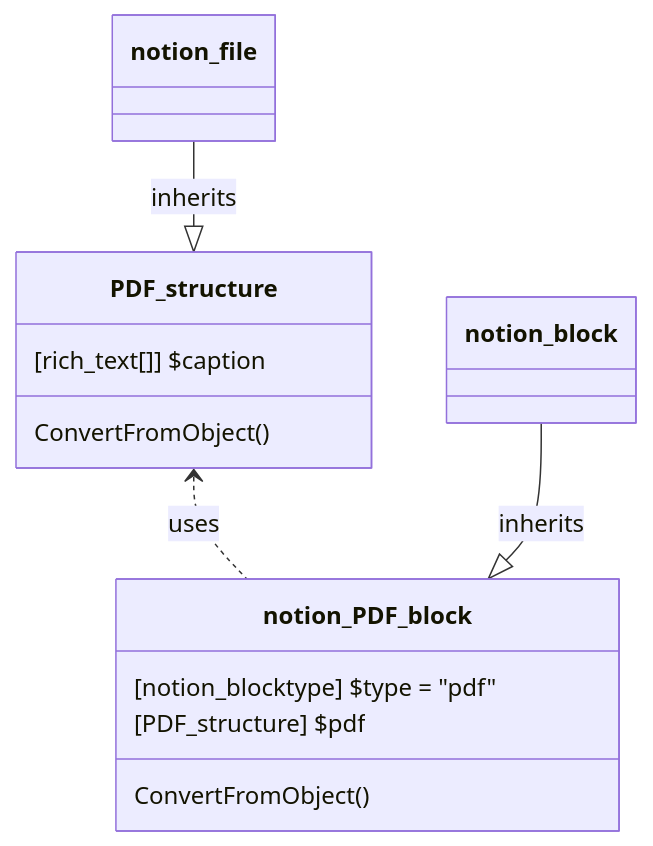
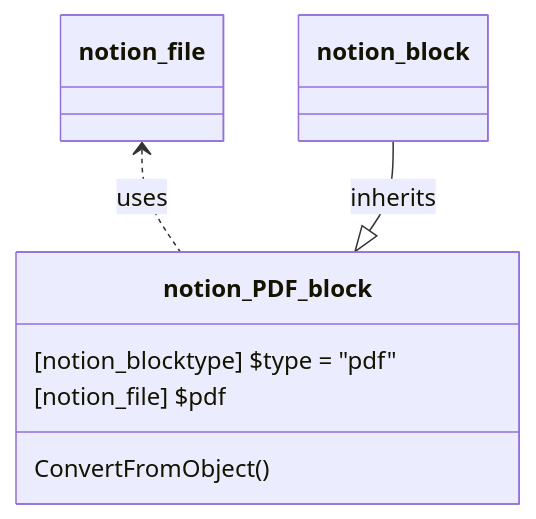
The diagram in docs/Classes/Block/24_PDF.md (fasteiner/Notion), drawn with Mermaid before and after one commit. The commit also changed 33 other files, not shown here.

````diff
--- a/docs/Classes/Block/24_PDF.md
+++ b/docs/Classes/Block/24_PDF.md
@@ -5,18 +5,10 @@
 ```mermaid
 classDiagram
-    class PDF_structure {
-        [rich_text[]] $caption
+   class notion_PDF_block {
+        [notion_blocktype] $type = "pdf"
+        [notion_file] $pdf
         ConvertFromObject()
     }
-
-
-    
-    class notion_PDF_block {
-        [notion_blocktype] $type = "pdf"
-        [PDF_structure] $pdf
-        ConvertFromObject()
-    }
-    `notion_file` --|> `PDF_structure`:inherits
-    `PDF_structure` <.. `notion_PDF_block`:uses
+    `notion_file` <.. `notion_PDF_block`:uses
     `notion_block` --|> `notion_PDF_block`:inherits
 ```
````
